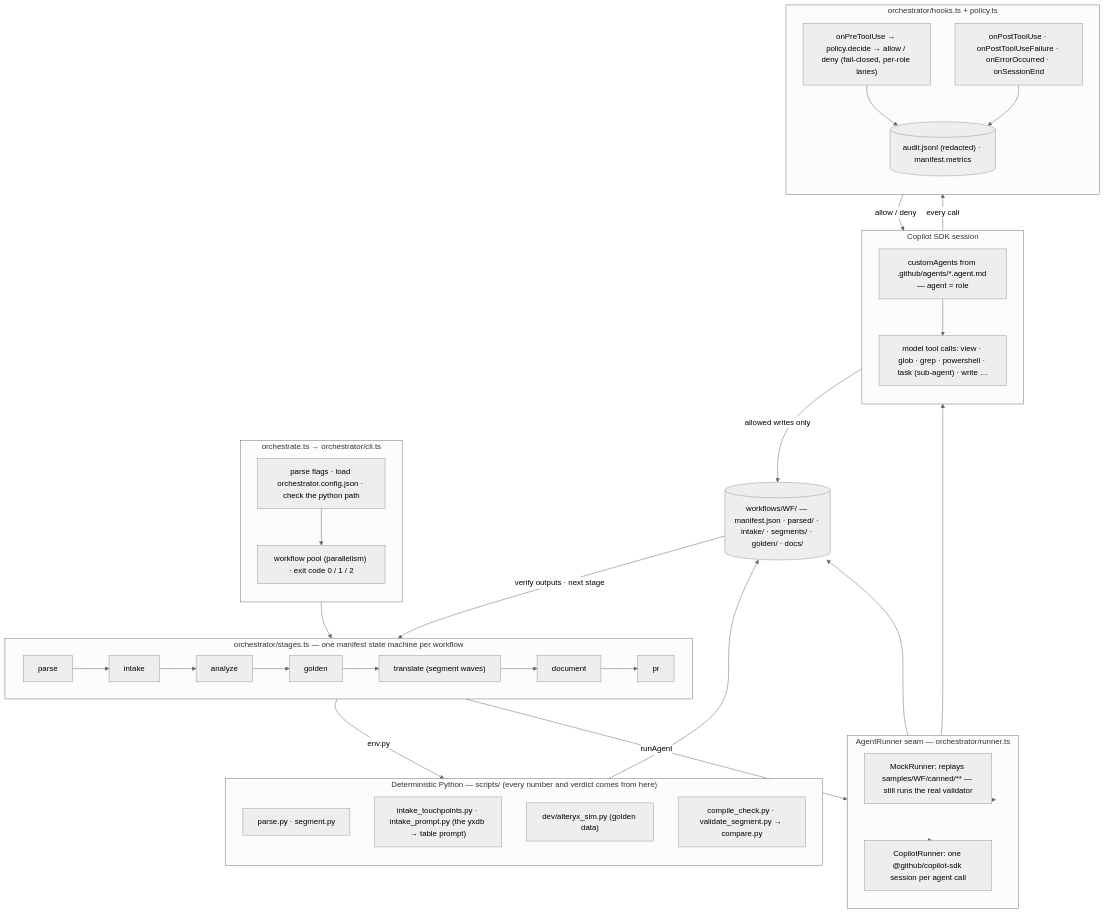
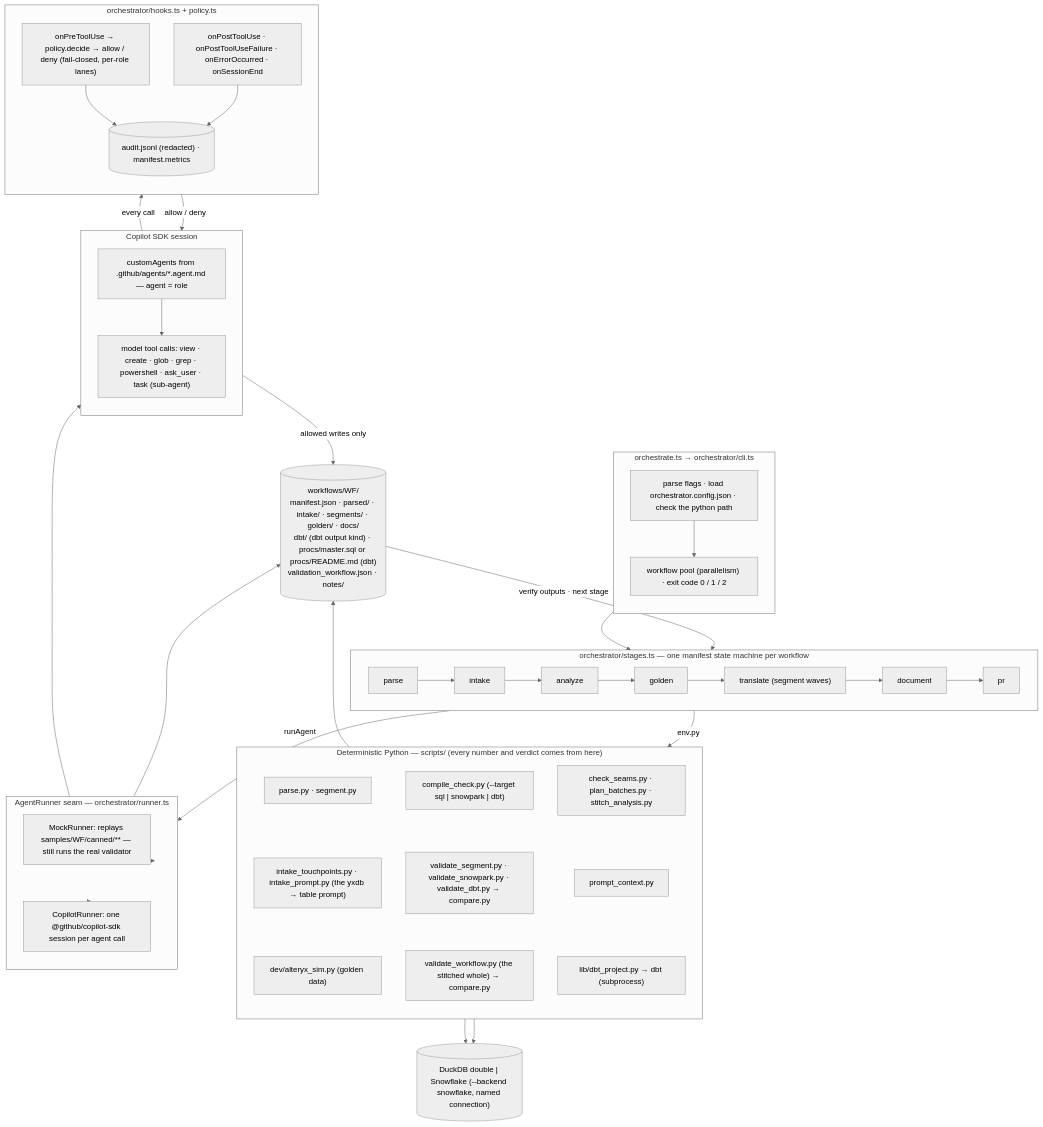
One commit to artyfartymarty/Alteryx_2_SQL changed the first of 3 diagrams in README.md. Above: the diagram before and after it, drawn with Mermaid (neutral theme). The commit also changed other lines of this file and 662 other files, not shown here.

````diff
--- a/README.md
+++ b/README.md
@@ -30,52 +33,63 @@
 ```mermaid
 flowchart TB
   subgraph CLI["orchestrate.ts → orchestrator/cli.ts"]
     direction TB
     A["parse flags · load orchestrator.config.json · check the python path"]
     B["workflow pool (parallelism) · exit code 0 / 1 / 2"]
     A --> B
   end
   subgraph SM["orchestrator/stages.ts — one manifest state machine per workflow"]
     direction LR
     S1[parse] --> S2[intake] --> S3[analyze] --> S4[golden] --> S5["translate (segment waves)"] --> S6[document] --> S7[pr]
   end
   subgraph PY["Deterministic Python — scripts/ (every number and verdict comes from here)"]
     direction TB
     P1["parse.py · segment.py"]
     P2["intake_touchpoints.py · intake_prompt.py (the yxdb → table prompt)"]
     P3["dev/alteryx_sim.py (golden data)"]
-    P4["compile_check.py · validate_segment.py → compare.py"]
+    P4["compile_check.py (--target sql | snowpark | dbt)"]
+    P5["validate_segment.py · validate_snowpark.py · validate_dbt.py → compare.py"]
+    P6["validate_workflow.py (the stitched whole) → compare.py"]
+    P7["check_seams.py · plan_batches.py · stitch_analysis.py"]
+    P8["prompt_context.py"]
+    P9["lib/dbt_project.py → dbt (subprocess)"]
+    P1 ~~~ P2 ~~~ P3
+    P4 ~~~ P5 ~~~ P6
+    P7 ~~~ P8 ~~~ P9
   end
   subgraph AR["AgentRunner seam — orchestrator/runner.ts"]
     direction TB
     M["MockRunner: replays samples/WF/canned/** — still runs the real validator"]
     C["CopilotRunner: one @github/copilot-sdk session per agent call"]
   end
   subgraph SDK["Copilot SDK session"]
     direction TB
     AG["customAgents from .github/agents/*.agent.md — agent = role"]
-    TOOLS["model tool calls: view · glob · grep · powershell · task (sub-agent) · write …"]
+    TOOLS["model tool calls: view · create · glob · grep · powershell · ask_user · task (sub-agent)"]
     AG --> TOOLS
   end
   subgraph HK["orchestrator/hooks.ts + policy.ts"]
     direction TB
     H1["onPreToolUse → policy.decide → allow / deny (fail-closed, per-role lanes)"]
     H2["onPostToolUse · onPostToolUseFailure · onErrorOccurred · onSessionEnd"]
     AUD[("audit.jsonl (redacted) · manifest.metrics")]
     H1 --> AUD
     H2 --> AUD
   end
-  FS[("workflows/WF/ — manifest.json · parsed/ · intake/ · segments/ · golden/ · docs/")]
+  BACKEND[("DuckDB double | Snowflake (--backend snowflake, named connection)")]
+  FS[("workflows/WF/<br/>manifest.json · parsed/ · intake/ · segments/ · golden/ · docs/<br/>dbt/ (dbt output kind) · procs/master.sql or procs/README.md (dbt)<br/>validation_workflow.json · notes/")]
   B --> SM
   SM -->|env.py| PY
   SM -->|runAgent| AR
   AR --> M
   AR --> C
   C --> SDK
   TOOLS -->|every call| H1
   H1 -->|allow / deny| TOOLS
   PY --> FS
+  P5 --> BACKEND
+  P6 --> BACKEND
   M --> FS
   TOOLS -->|allowed writes only| FS
   FS -->|verify outputs · next stage| SM
 ```
````
